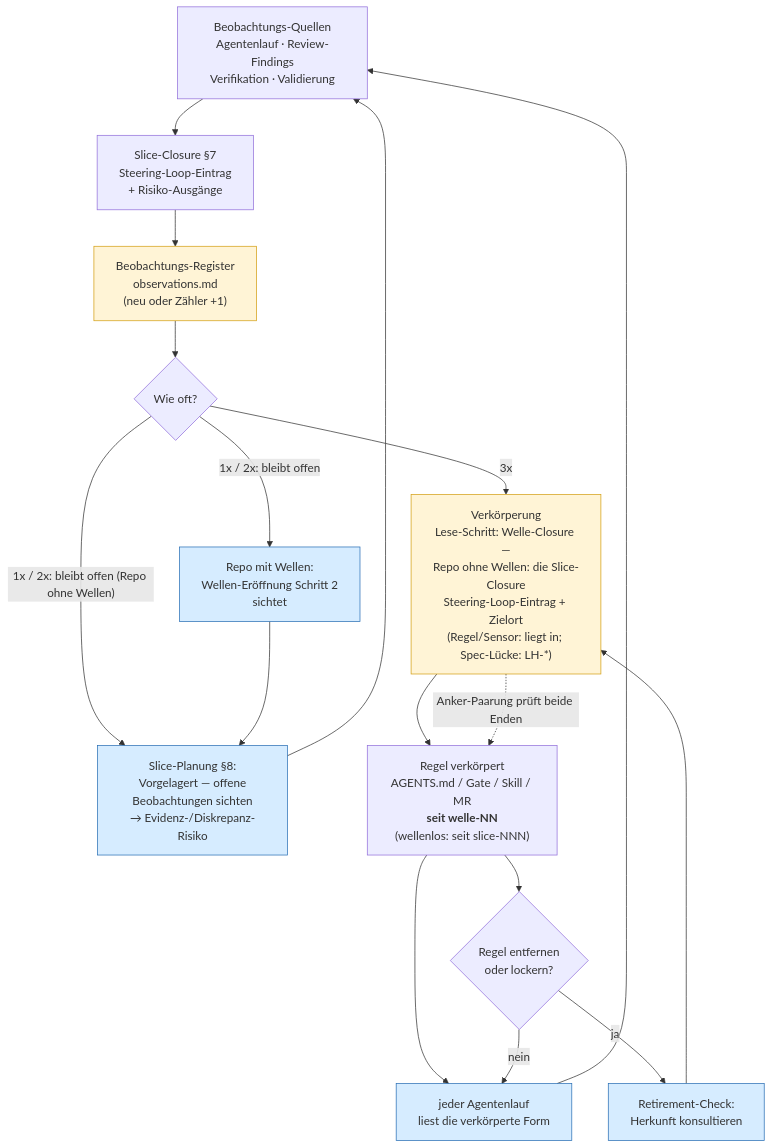
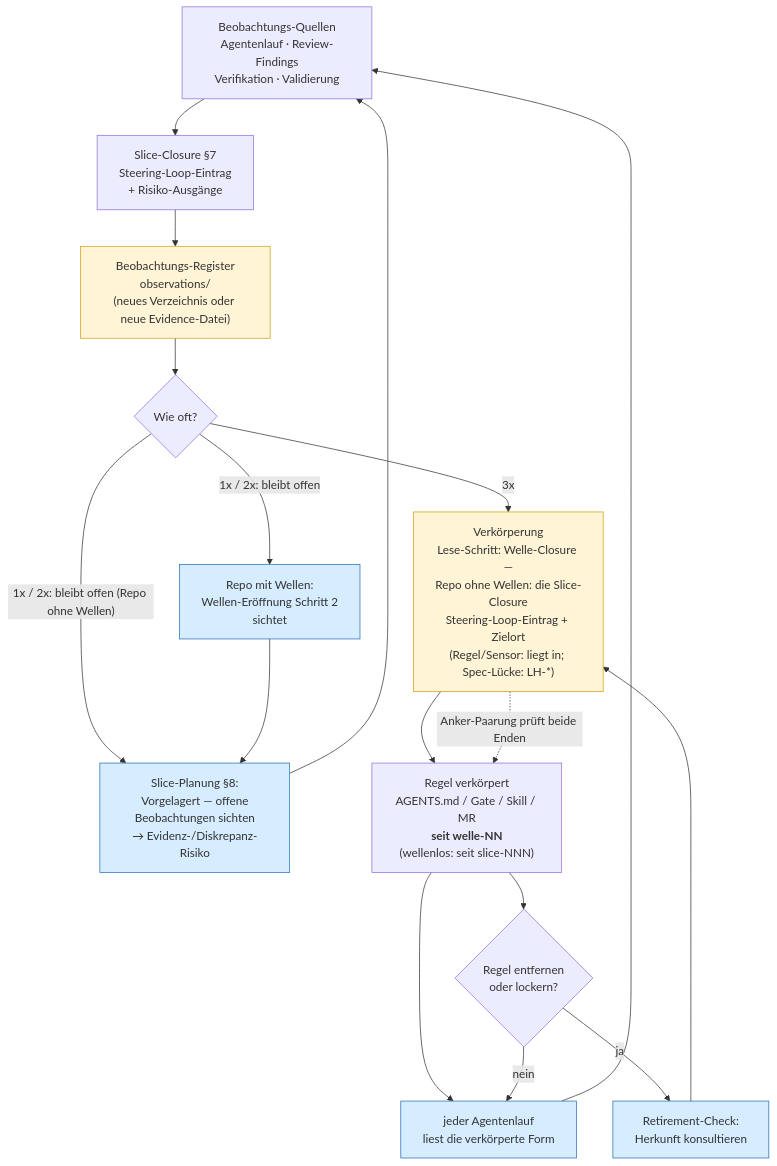
One commit to pt9912/ai-harness-course changed the diagram in kurs/de/grundlagen/traceability.md. Above: the diagram before and after it, drawn with Mermaid. The commit also changed 61 other files, not shown here.

````diff
--- a/kurs/de/grundlagen/traceability.md
+++ b/kurs/de/grundlagen/traceability.md
@@ -201,28 +201,28 @@
 ```mermaid
 flowchart TB
     A["Beobachtungs-Quellen<br/>Agentenlauf · Review-Findings<br/>Verifikation · Validierung"] --> B["Slice-Closure §7<br/>Steering-Loop-Eintrag<br/>+ Risiko-Ausgänge"]
-    B --> V["Beobachtungs-Register<br/>observations.md<br/>(neu oder Zähler +1)"]
+    B --> V["Beobachtungs-Register<br/>observations/<br/>(neues Verzeichnis oder neue Evidence-Datei)"]
     V --> C{"Wie oft?"}
     C -- "3x" --> E["Verkörperung<br/>Lese-Schritt: Welle-Closure —<br/>Repo ohne Wellen: die Slice-Closure<br/>Steering-Loop-Eintrag + Zielort<br/>(Regel/Sensor: liegt in; Spec-Lücke: LH-*)"]
 
     C -- "1x / 2x: bleibt offen" --> F["Repo mit Wellen:<br/>Wellen-Eröffnung Schritt 2<br/>sichtet"]
     C -- "1x / 2x: bleibt offen (Repo ohne Wellen)" --> G
     F --> G["Slice-Planung §8:<br/>Vorgelagert — offene<br/>Beobachtungen sichten<br/>→ Evidenz-/Diskrepanz-Risiko"]
     G --> A
 
     E --> H["Regel verkörpert<br/>AGENTS.md / Gate / Skill / MR<br/><b>seit welle-NN</b><br/>(wellenlos: seit slice-NNN)"]
     H --> I["jeder Agentenlauf<br/>liest die verkörperte Form"]
     I --> A
     E -. "Anker-Paarung prüft beide Enden" .-> H
     H --> J{"Regel entfernen<br/>oder lockern?"}
     J -- "ja" --> K["Retirement-Check:<br/>Herkunft konsultieren"]
     J -- "nein" --> I
     K --> E
 
     style V fill:#fff4d6,stroke:#d4a017
     style E fill:#fff4d6,stroke:#d4a017
     style F fill:#d6ecff,stroke:#2a6fb5
     style G fill:#d6ecff,stroke:#2a6fb5
     style I fill:#d6ecff,stroke:#2a6fb5
     style K fill:#d6ecff,stroke:#2a6fb5
 ```
````
